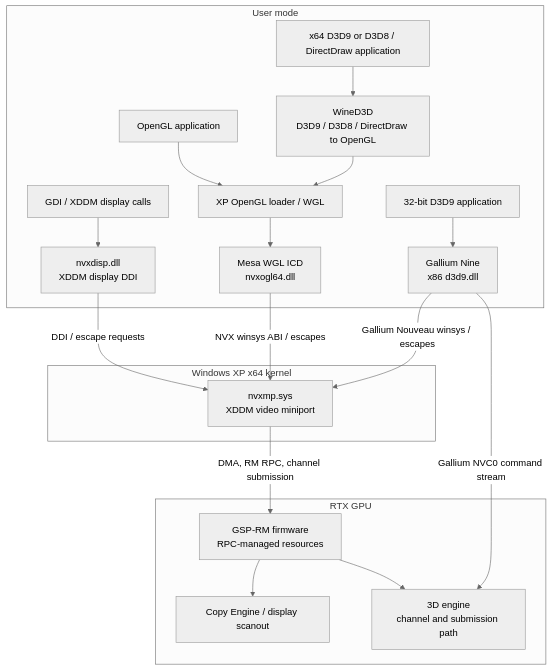
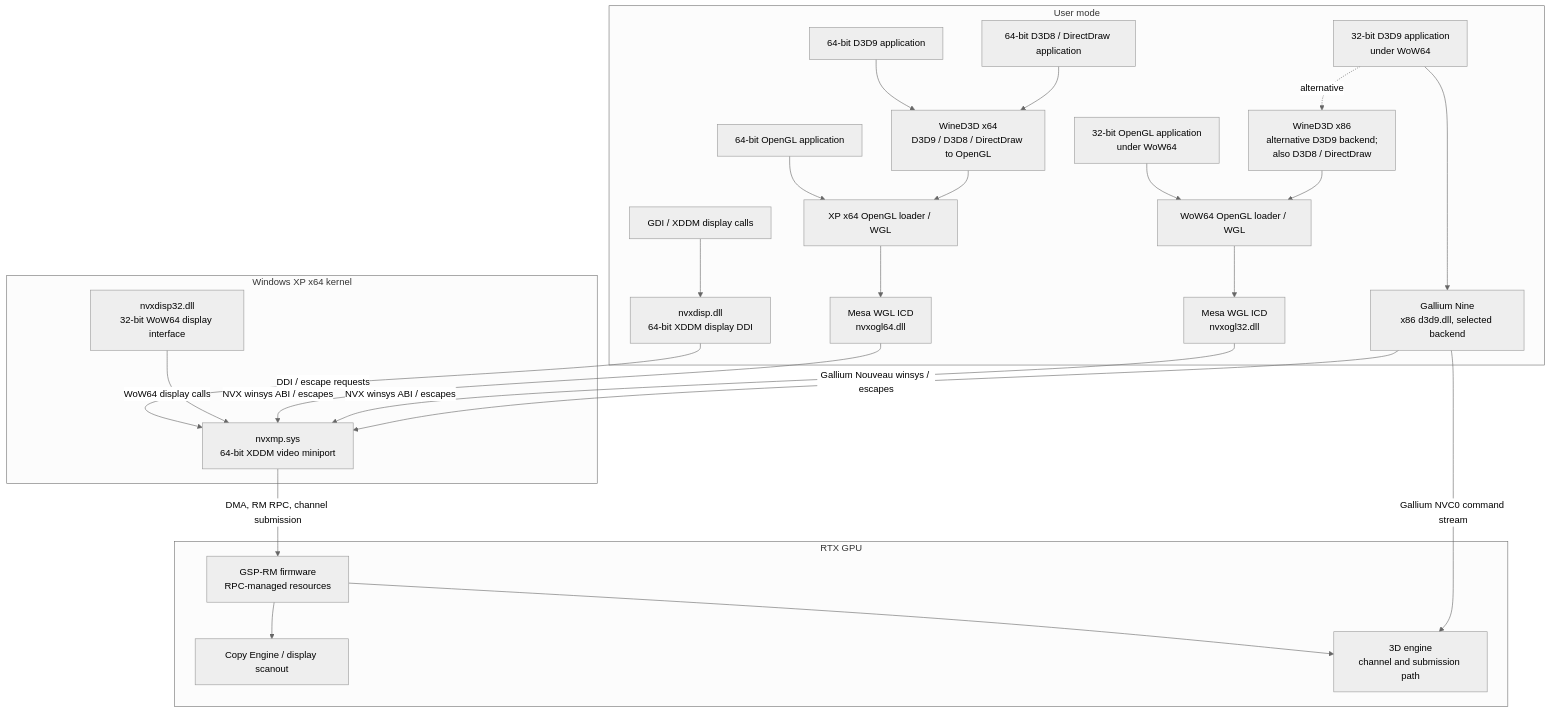
One commit to sanjayseshan/open_nvx_windows changed the first of 3 diagrams in README.md. Above: the diagram before and after it, drawn with Mermaid (neutral theme). The commit also changed other lines of this file and 3 other files, not shown here.

````diff
--- a/README.md
+++ b/README.md
@@ -43,33 +41,46 @@
 ```mermaid
 flowchart TB
   subgraph User[User mode]
-    APP[OpenGL application]
-    D3D9[32-bit D3D9 application]
-    D3DOther[x64 D3D9 or D3D8 / DirectDraw application]
-    OGL[XP OpenGL loader / WGL]
-    ICD[Mesa WGL ICD<br/>nvxogl64.dll]
-    NINE[Gallium Nine<br/>x86 d3d9.dll]
-    WD[WineD3D<br/>D3D9 / D3D8 / DirectDraw to OpenGL]
+    APP64[64-bit OpenGL application]
+    APP32[32-bit OpenGL application<br/>under WoW64]
+    D3D932[32-bit D3D9 application<br/>under WoW64]
+    D3D964[64-bit D3D9 application]
+    D3DOther[64-bit D3D8 / DirectDraw application]
+    OGL64[XP x64 OpenGL loader / WGL]
+    OGL32[WoW64 OpenGL loader / WGL]
+    ICD64[Mesa WGL ICD<br/>nvxogl64.dll]
+    ICD32[Mesa WGL ICD<br/>nvxogl32.dll]
+    NINE[Gallium Nine<br/>x86 d3d9.dll, selected backend]
+    WD32[WineD3D x86<br/>alternative D3D9 backend;<br/>also D3D8 / DirectDraw]
+    WD64[WineD3D x64<br/>D3D9 / D3D8 / DirectDraw to OpenGL]
     GDI[GDI / XDDM display calls]
-    APP --> OGL --> ICD
-    D3D9 --> NINE
-    D3DOther --> WD --> OGL
+    APP64 --> OGL64 --> ICD64
+    APP32 --> OGL32 --> ICD32
+    D3D932 --> NINE
+    D3D932 -. alternative .-> WD32
+    D3D964 --> WD64
+    D3DOther --> WD64
+    WD32 --> OGL32
+    WD64 --> OGL64
     GDI --> DDI
   end
   subgraph Kernel[Windows XP x64 kernel]
-    DDI[nvxdisp.dll<br/>XDDM display DDI]
-    MP[nvxmp.sys<br/>XDDM video miniport]
+    DDI[nvxdisp.dll<br/>64-bit XDDM display DDI]
+    DDI32[nvxdisp32.dll<br/>32-bit WoW64 display interface]
+    MP[nvxmp.sys<br/>64-bit XDDM video miniport]
     DDI -->|DDI / escape requests| MP
-    ICD -->|NVX winsys ABI / escapes| MP
+    DDI32 -->|WoW64 display calls| MP
+    ICD64 -->|NVX winsys ABI / escapes| MP
+    ICD32 -->|NVX winsys ABI / escapes| MP
     NINE -->|Gallium Nouveau winsys / escapes| MP
   end
   subgraph GPU[RTX GPU]
     RM[GSP-RM firmware<br/>RPC-managed resources]
     CE[Copy Engine / display scanout]
     GR[3D engine<br/>channel and submission path]
     RM --> CE
     RM --> GR
   end
   MP -->|DMA, RM RPC, channel submission| RM
   NINE -->|Gallium NVC0 command stream| GR
 ```
````
